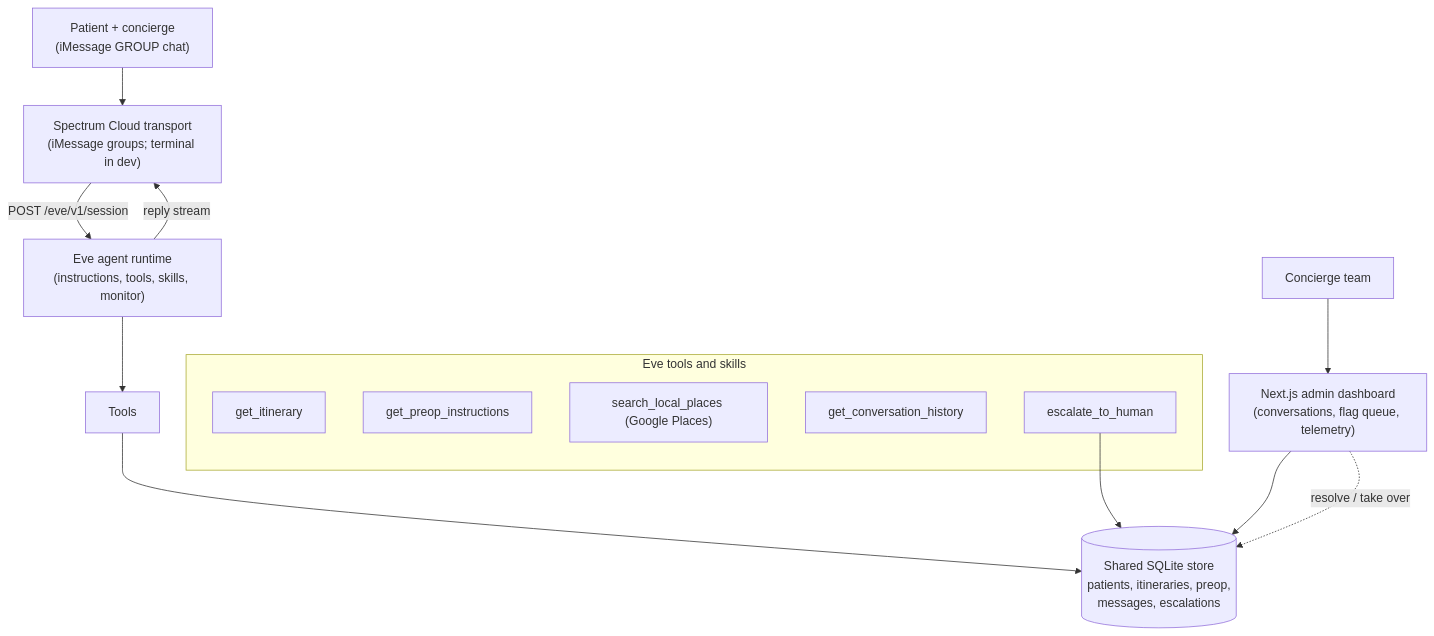
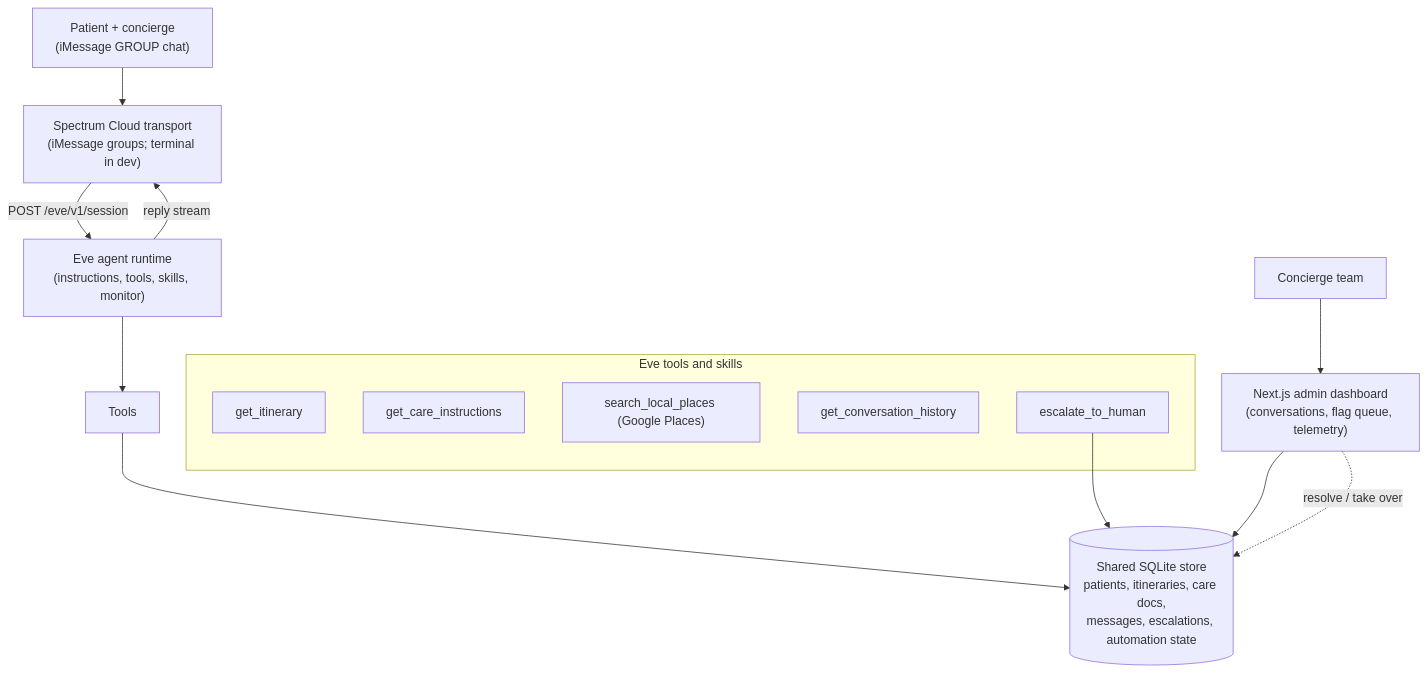
One commit to raztronaut/essos-ai-health-concierge changed the diagram in .cursor/plans/essos_ai_concierge_a159eae7.plan.md. Above: the diagram before and after it, drawn with Mermaid. The commit also changed other lines of this file and 8 other files, not shown here.

````diff
--- a/.cursor/plans/essos_ai_concierge_a159eae7.plan.md
+++ b/.cursor/plans/essos_ai_concierge_a159eae7.plan.md
@@ -49,19 +49,19 @@
 ```mermaid
 flowchart TD
   Patient["Patient + concierge<br/>(iMessage GROUP chat)"] --> Spectrum
   Spectrum["Spectrum Cloud transport<br/>(iMessage groups; terminal in dev)"] -->|"POST /eve/v1/session"| Eve
   Eve["Eve agent runtime<br/>(instructions, tools, skills, monitor)"] --> Tools
   subgraph tools [Eve tools and skills]
     Itin["get_itinerary"]
-    Preop["get_preop_instructions"]
+    Care["get_care_instructions"]
     Places["search_local_places (Google Places)"]
     Hist["get_conversation_history"]
     Esc["escalate_to_human"]
   end
-  Tools --> DB[("Shared SQLite store<br/>patients, itineraries, preop,<br/>messages, escalations")]
+  Tools --> DB[("Shared SQLite store<br/>patients, itineraries, care docs,<br/>messages, escalations, automation state")]
   Eve -->|reply stream| Spectrum
   Esc --> DB
   Dashboard["Next.js admin dashboard<br/>(conversations, flag queue, telemetry)"] --> DB
   Dashboard -.->|"resolve / take over"| DB
   Human["Concierge team"] --> Dashboard
 ```
````
